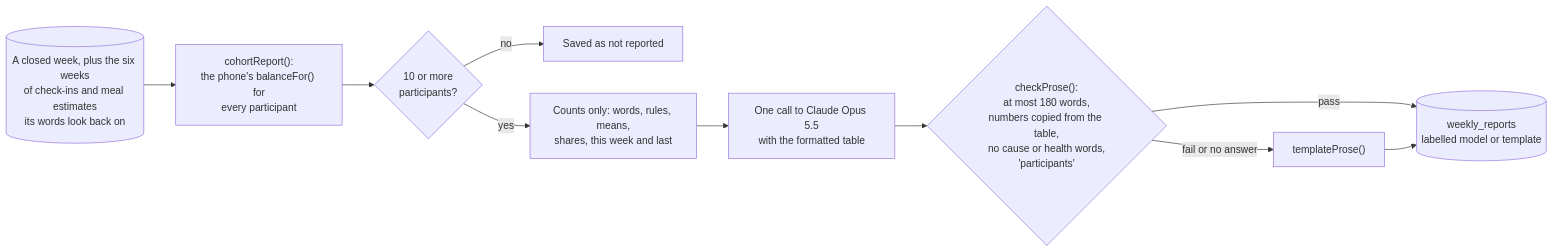
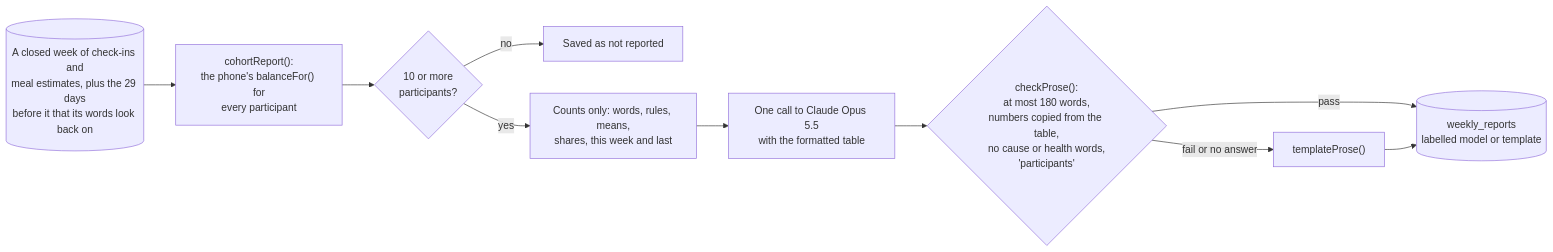
Before and after one commit to pluxconkr/essential-nourishingx: the diagram in docs/staff-dashboard.md, drawn with Mermaid. The commit also changed other lines of this file and 7 other files, not shown here.

````diff
--- a/docs/staff-dashboard.md
+++ b/docs/staff-dashboard.md
@@ -57,11 +58,11 @@
 ```mermaid
 flowchart LR
-  R[("A closed week, plus the six weeks<br/>of check-ins and meal estimates<br/>its words look back on")] --> C["cohortReport():<br/>the phone's balanceFor() for<br/>every participant"]
+  R[("A closed week of check-ins and<br/>meal estimates, plus the 29 days<br/>before it that its words look back on")] --> C["cohortReport():<br/>the phone's balanceFor() for<br/>every participant"]
   C --> K{"10 or more<br/>participants?"}
   K -->|no| X["Saved as not reported"]
   K -->|yes| T["Counts only: words, rules, means,<br/>shares, this week and last"]
   T --> O["One call to Claude Opus 5.5<br/>with the formatted table"]
   O --> V{"checkProse():<br/>at most 180 words,<br/>numbers copied from the table,<br/>no cause or health words,<br/>'participants'"}
   V -->|pass| S[("weekly_reports<br/>labelled model or template")]
   V -->|fail or no answer| P["templateProse()"] --> S
 ```
````
